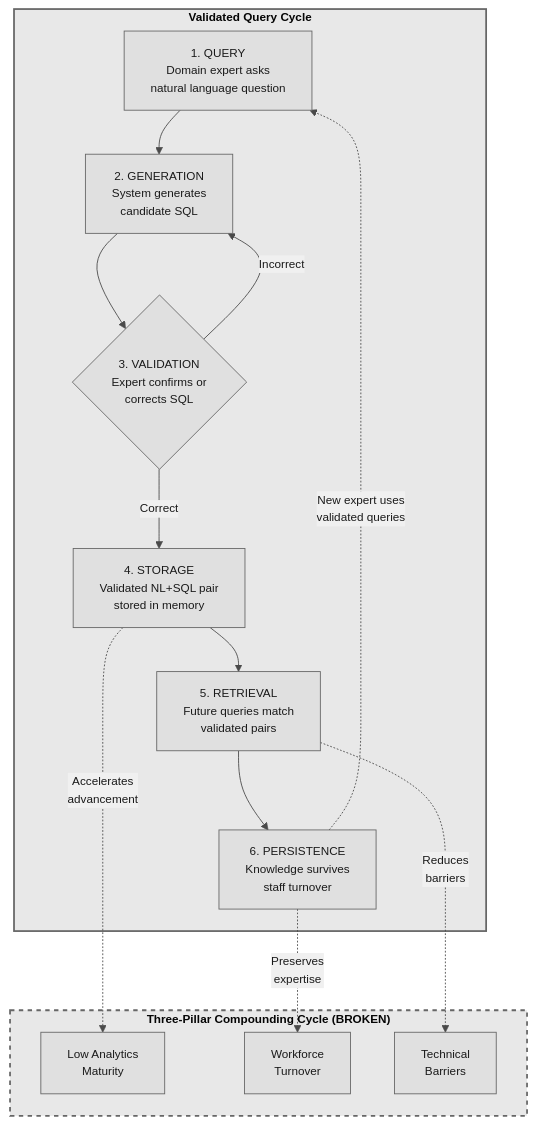
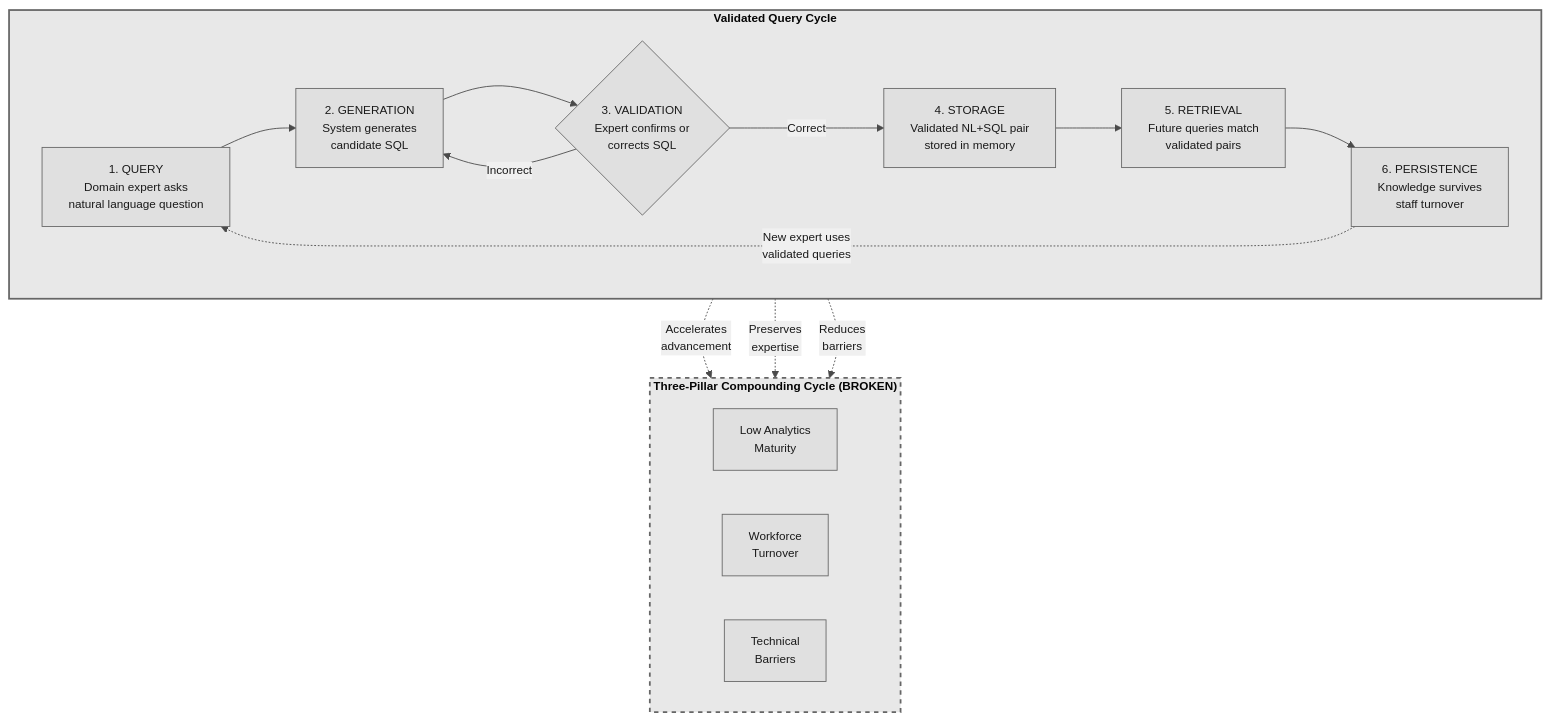
One commit to stharrold/yuimedi-paper-20250901 changed the diagram in figures/knowledge-cycle.mmd. Above: the diagram before and after it, drawn with Mermaid.

Commit message:
style(figures): restructure Figure 2 with LR subgraphs stacked vertically
- Validated Query Cycle flows left-to-right
- Three-Pillar Framework flows left-to-right
- Cycle positioned above Framework with TB overall layout

🤖 Generated with [Claude Code](https://claude.com/claude-code)

```diff
--- a/figures/knowledge-cycle.mmd
+++ b/figures/knowledge-cycle.mmd
@@ -1,37 +1,39 @@
 %%{init: {'theme': 'base', 'flowchart': {'useMaxWidth': false, 'markdownAutoWrap': false}, 'themeVariables': { 'primaryColor': '#e0e0e0', 'primaryTextColor': '#1a1a1a', 'primaryBorderColor': '#666', 'lineColor': '#4a4a4a', 'secondaryColor': '#f0f0f0', 'tertiaryColor': '#fafafa', 'fontFamily': 'Arial, sans-serif', 'fontSize': '10pt'}}}%%
-flowchart TD
+flowchart TB
     %% Validated Query Cycle - Knowledge Preservation Mechanism
     %% Shows how validated NL+SQL pairs break the three-pillar compounding cycle
 
     subgraph CYCLE["<b>Validated Query Cycle</b>"]
+        direction LR
         Q["1. QUERY<br/>Domain expert asks<br/>natural language question"]
         G["2. GENERATION<br/>System generates<br/>candidate SQL"]
         V{"3. VALIDATION<br/>Expert confirms or<br/>corrects SQL"}
         S["4. STORAGE<br/>Validated NL+SQL pair<br/>stored in memory"]
         R["5. RETRIEVAL<br/>Future queries match<br/>validated pairs"]
         P["6. PERSISTENCE<br/>Knowledge survives<br/>staff turnover"]
     end
 
     subgraph PILLARS["<b>Three-Pillar Compounding Cycle (BROKEN)</b>"]
+        direction LR
         M["Low Analytics<br/>Maturity"]
         T["Workforce<br/>Turnover"]
         B["Technical<br/>Barriers"]
     end
 
-    %% Main cycle flow
+    %% Main cycle flow (left to right)
     Q --> G
     G --> V
     V -->|"Correct"| S
     V -->|"Incorrect"| G
     S --> R
     R --> P
     P -.->|"New expert uses<br/>validated queries"| Q
 
-    %% How cycle breaks each pillar
+    %% How cycle breaks each pillar (vertical connections)
     S -.->|"Accelerates<br/>advancement"| M
     P -.->|"Preserves<br/>expertise"| T
     R -.->|"Reduces<br/>barriers"| B
 
     %% Styling - Grayscale
     style CYCLE fill:#e8e8e8,stroke:#666,stroke-width:2px
     style PILLARS fill:#e8e8e8,stroke:#666,stroke-width:2px,stroke-dasharray:5 5
```
